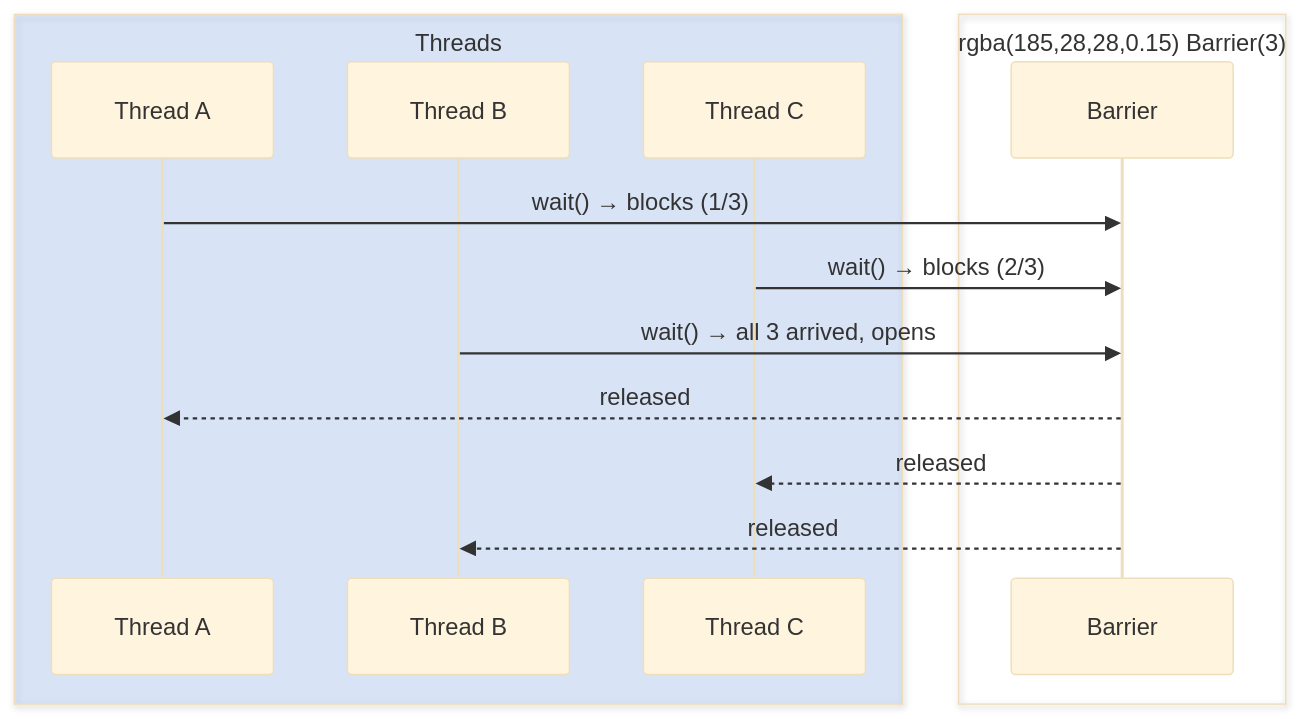
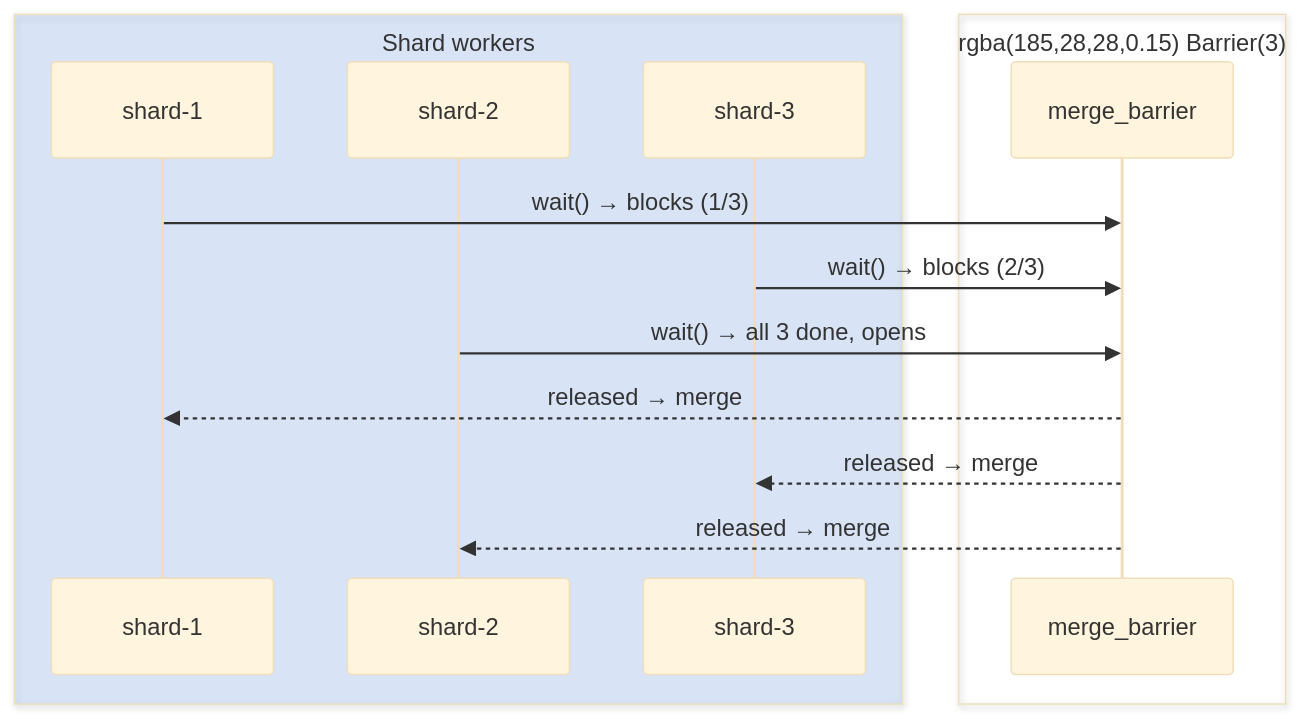
One commit to gaborbernat/bernat-tech changed the second of 18 diagrams in content/posts/blanket-deterministic-threading/index.md. Above: the diagram before and after it, drawn with Mermaid (base theme). The commit also changed other lines of this file, not shown here.

````diff
--- a/content/posts/blanket-deterministic-threading/index.md
+++ b/content/posts/blanket-deterministic-threading/index.md
@@ -130,18 +162,18 @@
 ```mermaid
 sequenceDiagram
-    box rgba(59,130,246,0.15) Threads
-        participant A as Thread A
-        participant B as Thread B
-        participant C as Thread C
+    box rgba(59,130,246,0.15) Shard workers
+        participant S1 as shard-1
+        participant S2 as shard-2
+        participant S3 as shard-3
     end
     box rgba(185,28,28,0.15) Barrier(3)
-        participant Bar as Barrier
+        participant Bar as merge_barrier
     end
 
-    A->>Bar: wait() → blocks (1/3)
-    C->>Bar: wait() → blocks (2/3)
-    B->>Bar: wait() → all 3 arrived, opens
-    Bar-->>A: released
-    Bar-->>C: released
-    Bar-->>B: released
+    S1->>Bar: wait() → blocks (1/3)
+    S3->>Bar: wait() → blocks (2/3)
+    S2->>Bar: wait() → all 3 done, opens
+    Bar-->>S1: released → merge
+    Bar-->>S3: released → merge
+    Bar-->>S2: released → merge
 ```
````
